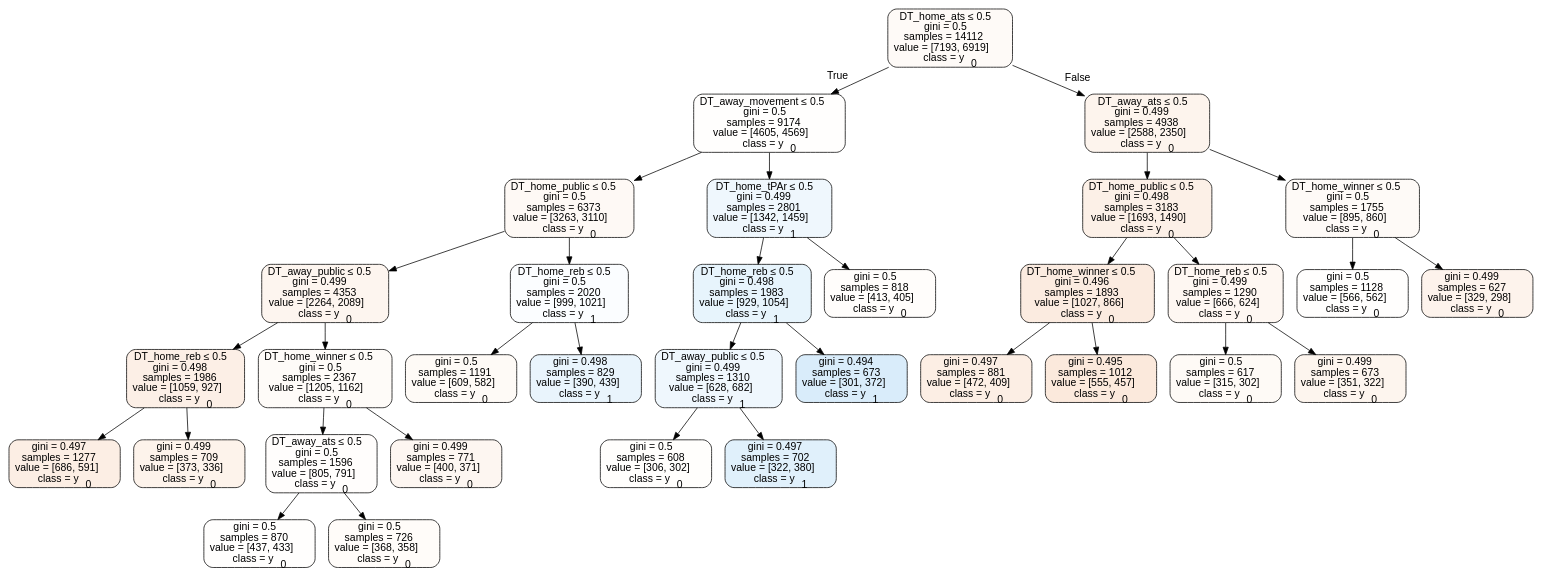
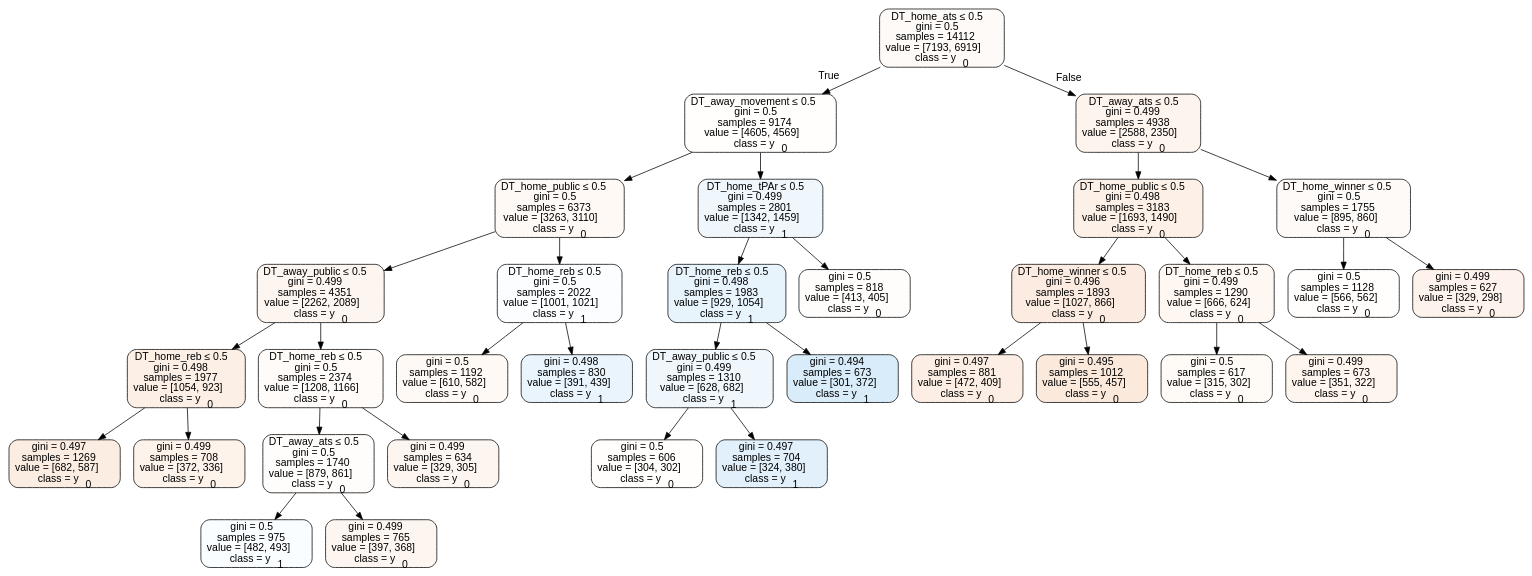
The diagram in Basketball/data/trees/tree2012home.dot (usbogie/ncaa-bets), drawn with Graphviz before and after one commit. The commit also changed 24 other files, not shown here.

```diff
--- a/Basketball/data/trees/tree2012home.dot
+++ b/Basketball/data/trees/tree2012home.dot
@@ -1,69 +1,69 @@
 digraph Tree {
 node [shape=box, style="filled, rounded", color="black", fontname=helvetica] ;
 edge [fontname=helvetica] ;
 0 [label=<DT_home_ats &le; 0.5<br/>gini = 0.5<br/>samples = 14112<br/>value = [7193, 6919]<br/>class = y<SUB>0</SUB>>, fillcolor="#e581390a"] ;
 1 [label=<DT_away_movement &le; 0.5<br/>gini = 0.5<br/>samples = 9174<br/>value = [4605, 4569]<br/>class = y<SUB>0</SUB>>, fillcolor="#e5813902"] ;
 0 -> 1 [labeldistance=2.5, labelangle=45, headlabel="True"] ;
 2 [label=<DT_home_public &le; 0.5<br/>gini = 0.5<br/>samples = 6373<br/>value = [3263, 3110]<br/>class = y<SUB>0</SUB>>, fillcolor="#e581390c"] ;
 1 -> 2 ;
-3 [label=<DT_away_public &le; 0.5<br/>gini = 0.499<br/>samples = 4353<br/>value = [2264, 2089]<br/>class = y<SUB>0</SUB>>, fillcolor="#e5813914"] ;
+3 [label=<DT_away_public &le; 0.5<br/>gini = 0.499<br/>samples = 4351<br/>value = [2262, 2089]<br/>class = y<SUB>0</SUB>>, fillcolor="#e5813914"] ;
 2 -> 3 ;
-4 [label=<DT_home_reb &le; 0.5<br/>gini = 0.498<br/>samples = 1986<br/>value = [1059, 927]<br/>class = y<SUB>0</SUB>>, fillcolor="#e5813920"] ;
+4 [label=<DT_home_reb &le; 0.5<br/>gini = 0.498<br/>samples = 1977<br/>value = [1054, 923]<br/>class = y<SUB>0</SUB>>, fillcolor="#e5813920"] ;
 3 -> 4 ;
-5 [label=<gini = 0.497<br/>samples = 1277<br/>value = [686, 591]<br/>class = y<SUB>0</SUB>>, fillcolor="#e5813923"] ;
+5 [label=<gini = 0.497<br/>samples = 1269<br/>value = [682, 587]<br/>class = y<SUB>0</SUB>>, fillcolor="#e5813924"] ;
 4 -> 5 ;
-6 [label=<gini = 0.499<br/>samples = 709<br/>value = [373, 336]<br/>class = y<SUB>0</SUB>>, fillcolor="#e5813919"] ;
+6 [label=<gini = 0.499<br/>samples = 708<br/>value = [372, 336]<br/>class = y<SUB>0</SUB>>, fillcolor="#e5813919"] ;
 4 -> 6 ;
-7 [label=<DT_home_winner &le; 0.5<br/>gini = 0.5<br/>samples = 2367<br/>value = [1205, 1162]<br/>class = y<SUB>0</SUB>>, fillcolor="#e5813909"] ;
+7 [label=<DT_home_reb &le; 0.5<br/>gini = 0.5<br/>samples = 2374<br/>value = [1208, 1166]<br/>class = y<SUB>0</SUB>>, fillcolor="#e5813909"] ;
 3 -> 7 ;
-8 [label=<DT_away_ats &le; 0.5<br/>gini = 0.5<br/>samples = 1596<br/>value = [805, 791]<br/>class = y<SUB>0</SUB>>, fillcolor="#e5813904"] ;
+8 [label=<DT_away_ats &le; 0.5<br/>gini = 0.5<br/>samples = 1740<br/>value = [879, 861]<br/>class = y<SUB>0</SUB>>, fillcolor="#e5813905"] ;
 7 -> 8 ;
-9 [label=<gini = 0.5<br/>samples = 870<br/>value = [437, 433]<br/>class = y<SUB>0</SUB>>, fillcolor="#e5813902"] ;
+9 [label=<gini = 0.5<br/>samples = 975<br/>value = [482, 493]<br/>class = y<SUB>1</SUB>>, fillcolor="#399de506"] ;
 8 -> 9 ;
-10 [label=<gini = 0.5<br/>samples = 726<br/>value = [368, 358]<br/>class = y<SUB>0</SUB>>, fillcolor="#e5813907"] ;
+10 [label=<gini = 0.499<br/>samples = 765<br/>value = [397, 368]<br/>class = y<SUB>0</SUB>>, fillcolor="#e5813913"] ;
 8 -> 10 ;
-11 [label=<gini = 0.499<br/>samples = 771<br/>value = [400, 371]<br/>class = y<SUB>0</SUB>>, fillcolor="#e5813912"] ;
+11 [label=<gini = 0.499<br/>samples = 634<br/>value = [329, 305]<br/>class = y<SUB>0</SUB>>, fillcolor="#e5813913"] ;
 7 -> 11 ;
-12 [label=<DT_home_reb &le; 0.5<br/>gini = 0.5<br/>samples = 2020<br/>value = [999, 1021]<br/>class = y<SUB>1</SUB>>, fillcolor="#399de505"] ;
+12 [label=<DT_home_reb &le; 0.5<br/>gini = 0.5<br/>samples = 2022<br/>value = [1001, 1021]<br/>class = y<SUB>1</SUB>>, fillcolor="#399de505"] ;
 2 -> 12 ;
-13 [label=<gini = 0.5<br/>samples = 1191<br/>value = [609, 582]<br/>class = y<SUB>0</SUB>>, fillcolor="#e581390b"] ;
+13 [label=<gini = 0.5<br/>samples = 1192<br/>value = [610, 582]<br/>class = y<SUB>0</SUB>>, fillcolor="#e581390c"] ;
 12 -> 13 ;
-14 [label=<gini = 0.498<br/>samples = 829<br/>value = [390, 439]<br/>class = y<SUB>1</SUB>>, fillcolor="#399de51c"] ;
+14 [label=<gini = 0.498<br/>samples = 830<br/>value = [391, 439]<br/>class = y<SUB>1</SUB>>, fillcolor="#399de51c"] ;
 12 -> 14 ;
 15 [label=<DT_home_tPAr &le; 0.5<br/>gini = 0.499<br/>samples = 2801<br/>value = [1342, 1459]<br/>class = y<SUB>1</SUB>>, fillcolor="#399de514"] ;
 1 -> 15 ;
 16 [label=<DT_home_reb &le; 0.5<br/>gini = 0.498<br/>samples = 1983<br/>value = [929, 1054]<br/>class = y<SUB>1</SUB>>, fillcolor="#399de51e"] ;
 15 -> 16 ;
 17 [label=<DT_away_public &le; 0.5<br/>gini = 0.499<br/>samples = 1310<br/>value = [628, 682]<br/>class = y<SUB>1</SUB>>, fillcolor="#399de514"] ;
 16 -> 17 ;
-18 [label=<gini = 0.5<br/>samples = 608<br/>value = [306, 302]<br/>class = y<SUB>0</SUB>>, fillcolor="#e5813903"] ;
+18 [label=<gini = 0.5<br/>samples = 606<br/>value = [304, 302]<br/>class = y<SUB>0</SUB>>, fillcolor="#e5813902"] ;
 17 -> 18 ;
-19 [label=<gini = 0.497<br/>samples = 702<br/>value = [322, 380]<br/>class = y<SUB>1</SUB>>, fillcolor="#399de527"] ;
+19 [label=<gini = 0.497<br/>samples = 704<br/>value = [324, 380]<br/>class = y<SUB>1</SUB>>, fillcolor="#399de526"] ;
 17 -> 19 ;
 20 [label=<gini = 0.494<br/>samples = 673<br/>value = [301, 372]<br/>class = y<SUB>1</SUB>>, fillcolor="#399de531"] ;
 16 -> 20 ;
 21 [label=<gini = 0.5<br/>samples = 818<br/>value = [413, 405]<br/>class = y<SUB>0</SUB>>, fillcolor="#e5813905"] ;
 15 -> 21 ;
 22 [label=<DT_away_ats &le; 0.5<br/>gini = 0.499<br/>samples = 4938<br/>value = [2588, 2350]<br/>class = y<SUB>0</SUB>>, fillcolor="#e5813917"] ;
 0 -> 22 [labeldistance=2.5, labelangle=-45, headlabel="False"] ;
 23 [label=<DT_home_public &le; 0.5<br/>gini = 0.498<br/>samples = 3183<br/>value = [1693, 1490]<br/>class = y<SUB>0</SUB>>, fillcolor="#e581391f"] ;
 22 -> 23 ;
 24 [label=<DT_home_winner &le; 0.5<br/>gini = 0.496<br/>samples = 1893<br/>value = [1027, 866]<br/>class = y<SUB>0</SUB>>, fillcolor="#e5813928"] ;
 23 -> 24 ;
 25 [label=<gini = 0.497<br/>samples = 881<br/>value = [472, 409]<br/>class = y<SUB>0</SUB>>, fillcolor="#e5813922"] ;
 24 -> 25 ;
 26 [label=<gini = 0.495<br/>samples = 1012<br/>value = [555, 457]<br/>class = y<SUB>0</SUB>>, fillcolor="#e581392d"] ;
 24 -> 26 ;
 27 [label=<DT_home_reb &le; 0.5<br/>gini = 0.499<br/>samples = 1290<br/>value = [666, 624]<br/>class = y<SUB>0</SUB>>, fillcolor="#e5813910"] ;
 23 -> 27 ;
 28 [label=<gini = 0.5<br/>samples = 617<br/>value = [315, 302]<br/>class = y<SUB>0</SUB>>, fillcolor="#e581390b"] ;
 27 -> 28 ;
 29 [label=<gini = 0.499<br/>samples = 673<br/>value = [351, 322]<br/>class = y<SUB>0</SUB>>, fillcolor="#e5813915"] ;
 27 -> 29 ;
 30 [label=<DT_home_winner &le; 0.5<br/>gini = 0.5<br/>samples = 1755<br/>value = [895, 860]<br/>class = y<SUB>0</SUB>>, fillcolor="#e581390a"] ;
 22 -> 30 ;
 31 [label=<gini = 0.5<br/>samples = 1128<br/>value = [566, 562]<br/>class = y<SUB>0</SUB>>, fillcolor="#e5813902"] ;
 30 -> 31 ;
 32 [label=<gini = 0.499<br/>samples = 627<br/>value = [329, 298]<br/>class = y<SUB>0</SUB>>, fillcolor="#e5813918"] ;
 30 -> 32 ;
 }
```
